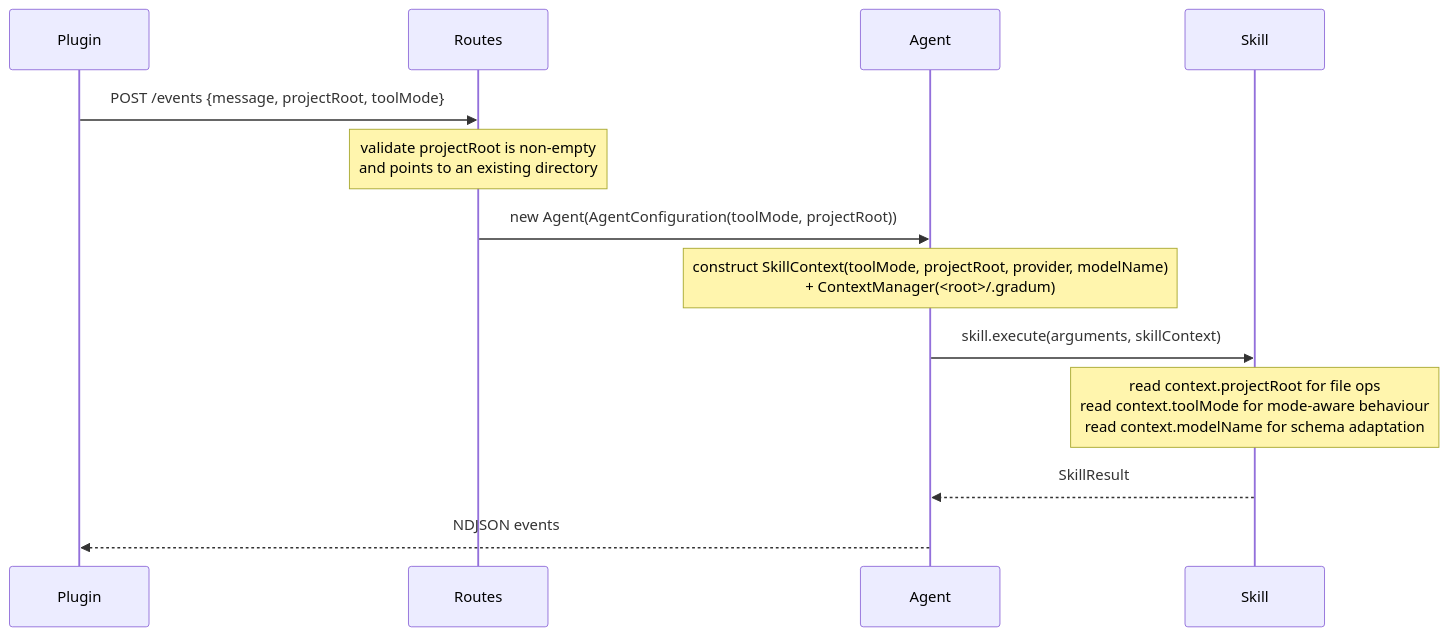
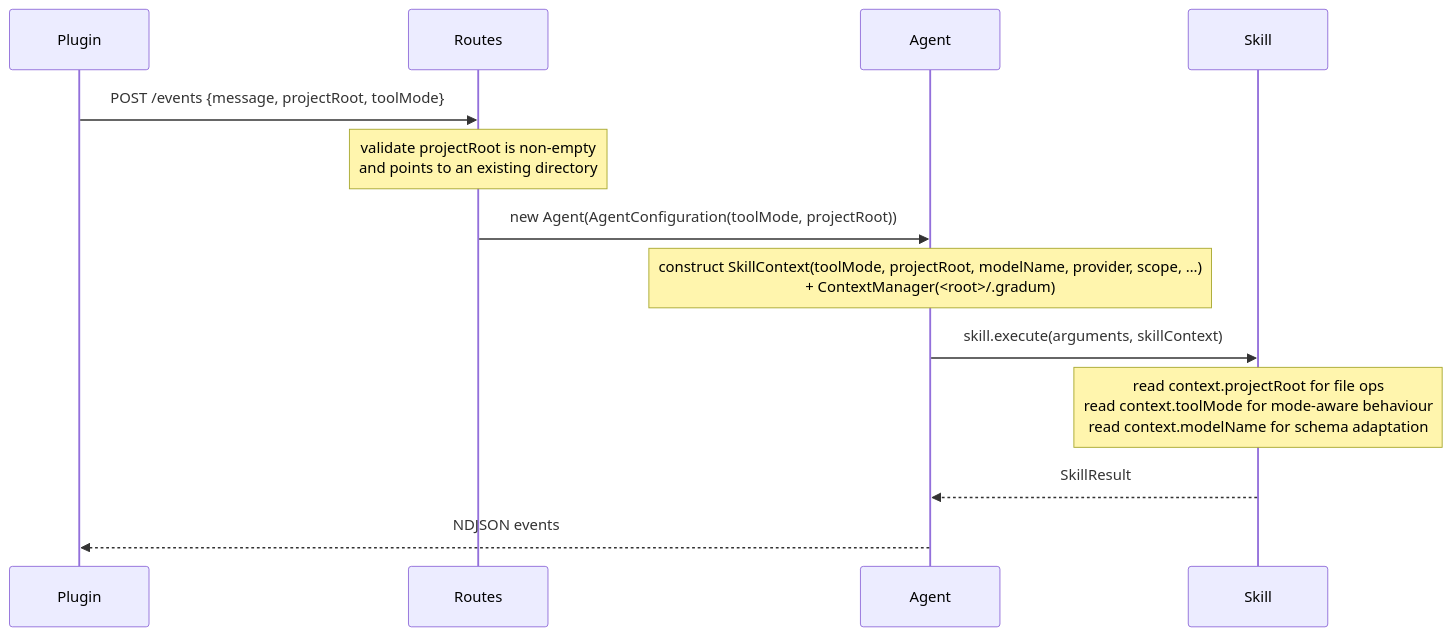
One commit to lg841226/Gradum changed diagram 28 of 30 in docs/ARCHITECTURE.md. Above: the diagram before and after it, drawn with Mermaid. The commit also changed other lines of this file and 9 other files, not shown here.

Commit message:
docs: overhaul ARCHITECTURE/PLUGIN_FEATURES, tidy code and env doctor output

````diff
--- a/docs/ARCHITECTURE.md
+++ b/docs/ARCHITECTURE.md
@@ -2195,15 +2329,15 @@
 ```mermaid
 sequenceDiagram
     participant Plugin
     participant Routes
     participant Agent
     participant Skill
     Plugin ->> Routes: POST /events {message, projectRoot, toolMode}
     Note over Routes: validate projectRoot is non-empty<br/>and points to an existing directory
     Routes ->> Agent: new Agent(AgentConfiguration(toolMode, projectRoot))
-    Note over Agent: construct SkillContext(toolMode, projectRoot, provider, modelName)<br/>+ ContextManager(<root>/.gradum)
+    Note over Agent: construct SkillContext(toolMode, projectRoot, modelName, provider, scope, …)<br/>+ ContextManager(<root>/.gradum)
     Agent ->> Skill: skill.execute(arguments, skillContext)
     Note over Skill: read context.projectRoot for file ops<br/>read context.toolMode for mode-aware behaviour<br/>read context.modelName for schema adaptation
     Skill -->> Agent: SkillResult
     Agent -->> Plugin: NDJSON events
 ```
````
